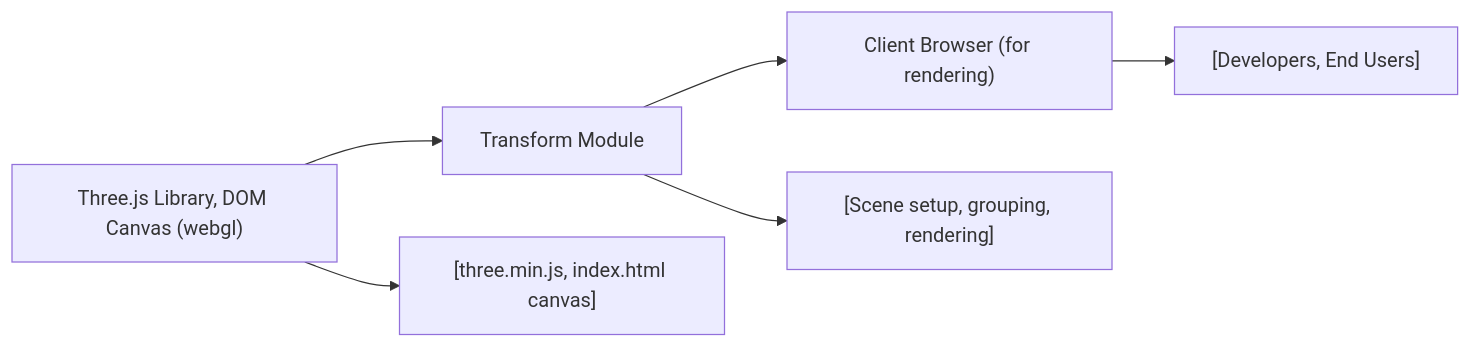
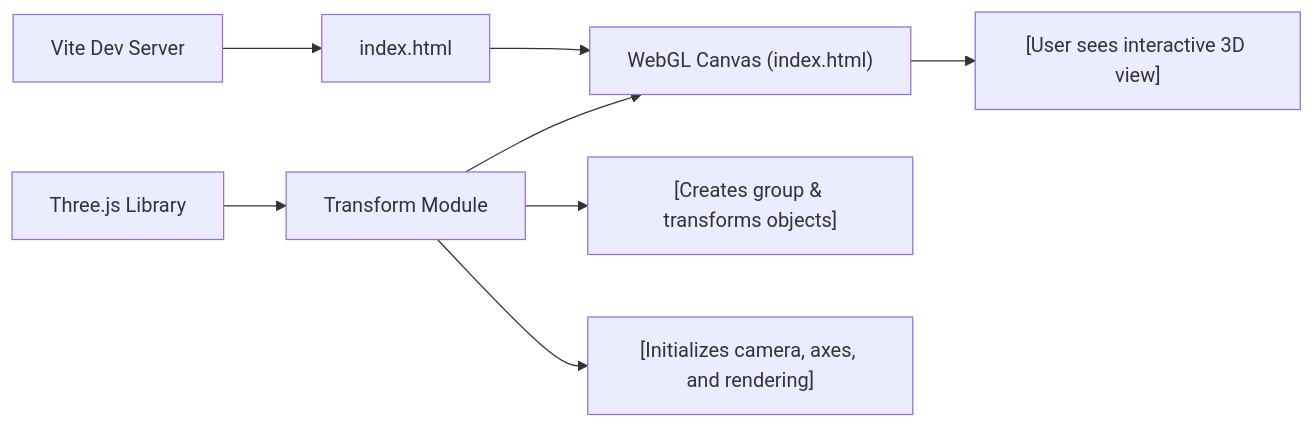
One commit to NicoooM/three-js-test changed the diagram in .shelfya/guide/transform.md. Above: the diagram before and after it, drawn with Mermaid. The commit also changed other lines of this file and 15 other files, not shown here.

````diff
--- a/.shelfya/guide/transform.md
+++ b/.shelfya/guide/transform.md
@@ -67,8 +77,9 @@
 ```mermaid
 flowchart LR
-  dependencies["Three.js Library, DOM Canvas (webgl)"] --> thisModule["Transform Module"]
-  thisModule --> usedBy["Client Browser (for rendering)"]
-  dependencies --> details["[three.min.js, index.html canvas]"]
-  thisModule --> process["[Scene setup, grouping, rendering]"]
-  usedBy --> consumers["[Developers, End Users]"]
+  threejs["Three.js Library"] --> transformModule["Transform Module"] --> webglCanvas["WebGL Canvas (index.html)"]
+  indexHtml["index.html"] --> webglCanvas
+  vite["Vite Dev Server"] --> indexHtml
+  transformModule --> groupingLogic["[Creates group & transforms objects]"]
+  transformModule --> renderingLogic["[Initializes camera, axes, and rendering]"] 
+  webglCanvas --> userDisplay["[User sees interactive 3D view]"]
 ```
````
